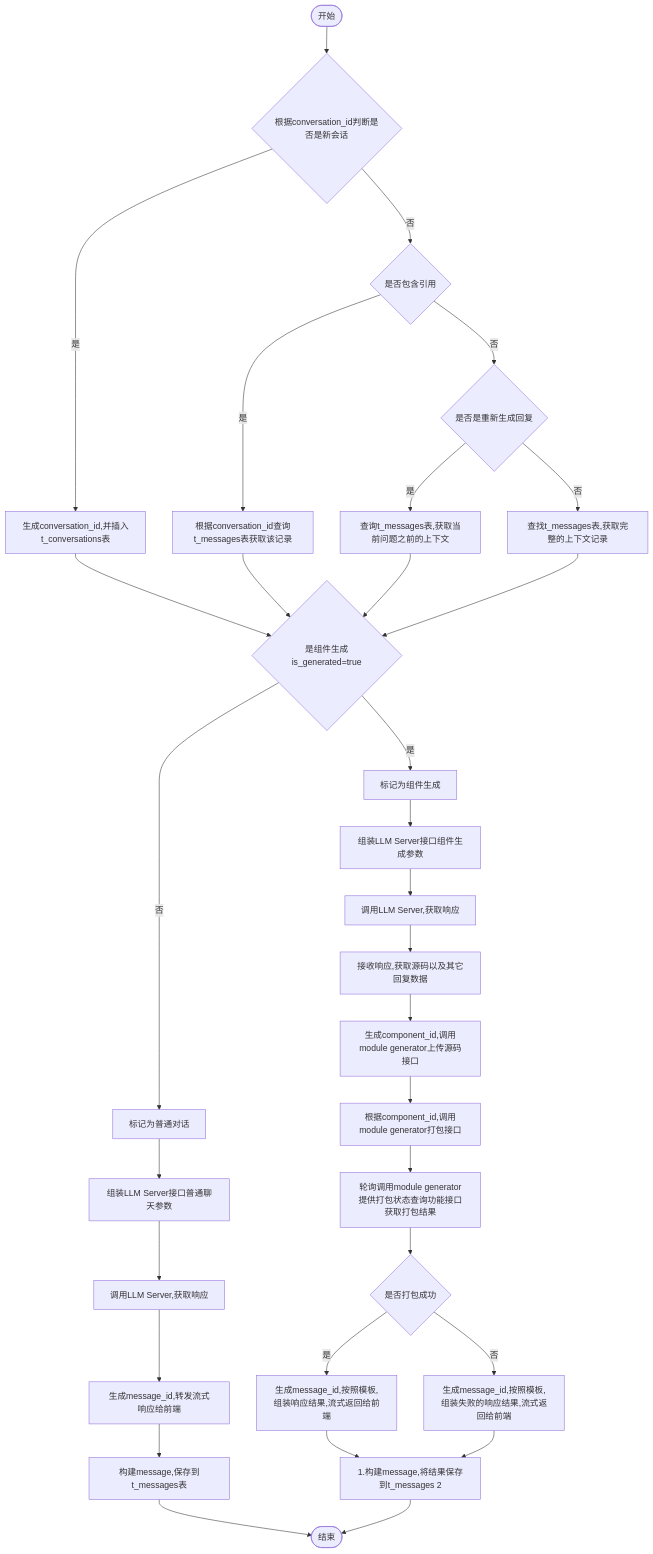
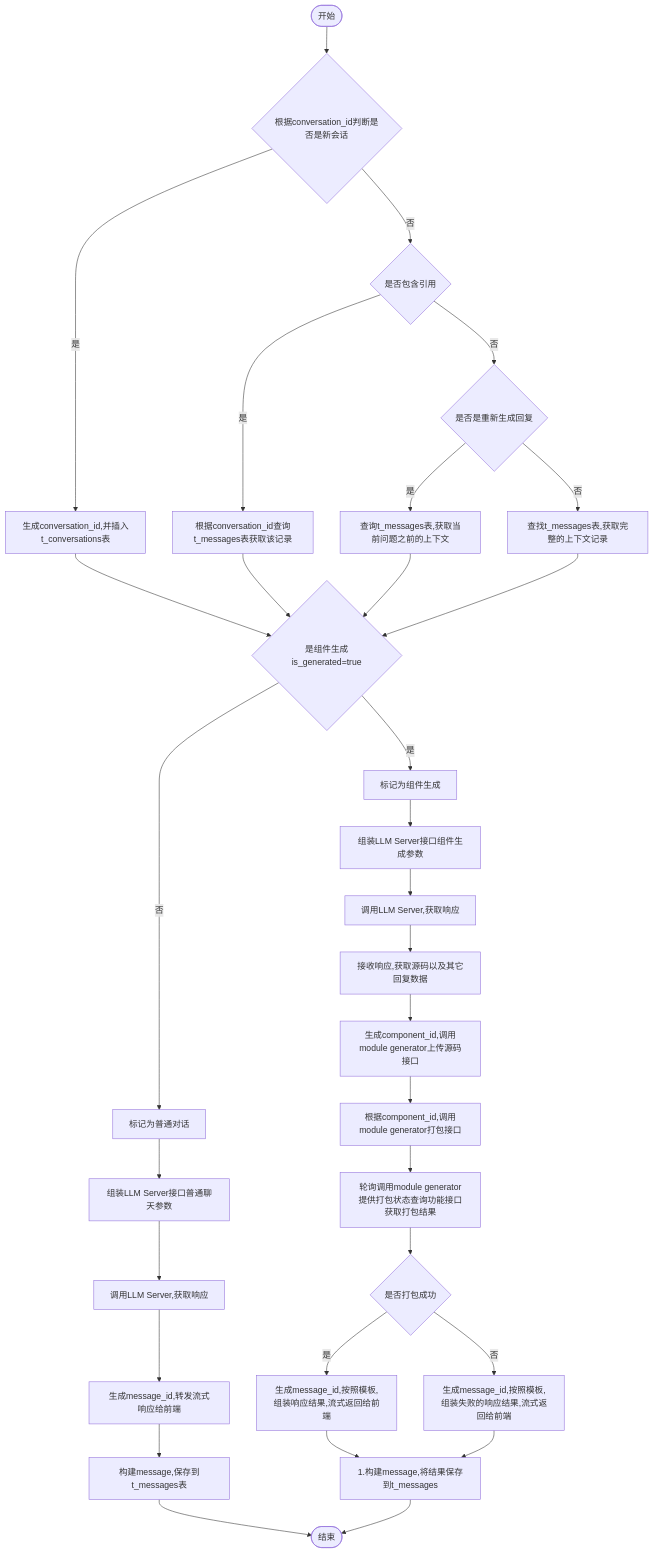
The diagram in all/v0.1.0会话.md (yingjianzh/iodraw-files), drawn with Mermaid before and after one commit.

Commit message:
2024-10-12 17:20:24 update

````diff
--- a/all/v0.1.0会话.md
+++ b/all/v0.1.0会话.md
@@ -1,34 +1,35 @@
 ```mermaid
 flowchart TD
     A([开始]) --> B{根据conversation_id判断是否是新会话}
     B -- 是 --> C[生成conversation_id,并插入t_conversations表]
     B -- 否 --> D{是否包含引用}
     D -- 是 --> E[根据conversation_id查询t_messages表获取该记录]
     D -- 否 --> F{是否是重新生成回复}
     F -- 是 --> G[查询t_messages表,获取当前问题之前的上下文]
     F -- 否 --> H[查找t_messages表,获取完整的上下文记录]
      
     C & E & G & H --> I{是组件生成is_generated=true}
     I -- 是 --> J[标记为组件生成]
     I -- 否 --> K[标记为普通对话]
 
     J --> L[组装LLM Server接口组件生成参数]    
     K --> M[组装LLM Server接口普通聊天参数]    
     M --> N[调用LLM Server,获取响应]    
     N --> O[生成message_id,转发流式响应给前端]
     O --> P[构建message,保存到t_messages表]
     P --> R([结束])
 
 
     L --> S[调用LLM Server,获取响应]
     S --> T[接收响应,获取源码以及其它回复数据]
     T --> U[生成component_id,调用module generator上传源码接口]
     U --> V[根据component_id,调用module generator打包接口]
     V --> W[轮询调用module generator提供打包状态查询功能接口获取打包结果]
     W --> X{是否打包成功}
     X -- 是 --> Y[生成message_id,按照模板,组装响应结果,流式返回给前端]
     X -- 否 --> Z[生成message_id,按照模板,组装失败的响应结果,流式返回给前端]
 
-    Y & Z --> Result[1.构建message,将结果保存到t_messages 2]
+    Y & Z --> Result[1.构建message,将结果保存到t_messages
+            ]
     Result --> R
 ```
````
